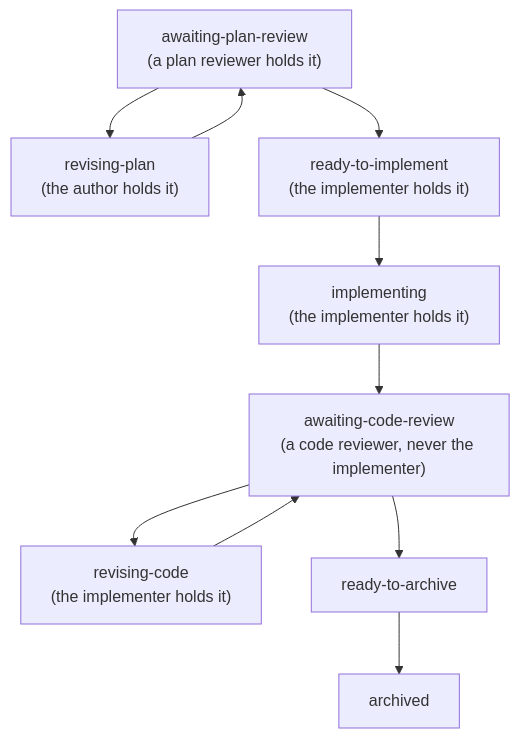
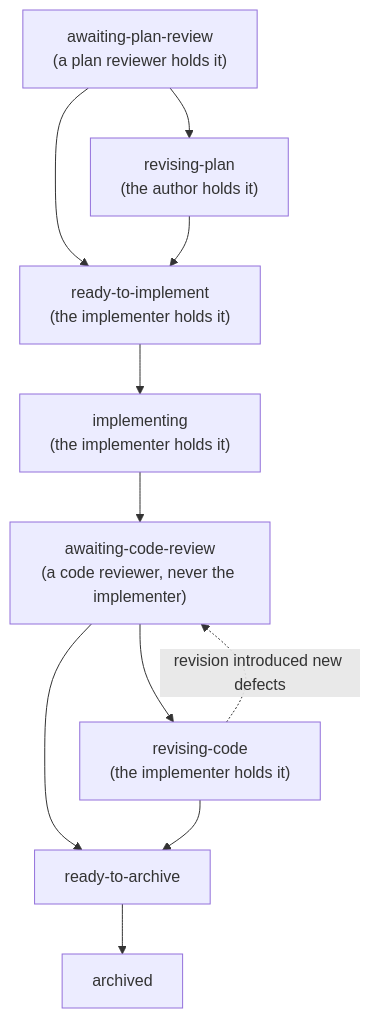
One commit to MSUHydrogeology/cairn changed the second of 2 diagrams in doctrine/lifecycle-contract.md. Above: the diagram before and after it, drawn with Mermaid. The commit also changed other lines of this file and 13 other files, not shown here.

````diff
--- a/doctrine/lifecycle-contract.md
+++ b/doctrine/lifecycle-contract.md
@@ -132,12 +133,13 @@
 ```mermaid
 flowchart TD
     APR["awaiting-plan-review<br/>(a plan reviewer holds it)"] --> RVP["revising-plan<br/>(the author holds it)"]
-    RVP --> APR
     APR --> RTI["ready-to-implement<br/>(the implementer holds it)"]
+    RVP --> RTI
     RTI --> IMP["implementing<br/>(the implementer holds it)"]
     IMP --> ACR["awaiting-code-review<br/>(a code reviewer, never the implementer)"]
     ACR --> RVC["revising-code<br/>(the implementer holds it)"]
-    RVC --> ACR
     ACR --> RTA["ready-to-archive"]
+    RVC --> RTA
+    RVC -. revision introduced new defects .-> ACR
     RTA --> ARC["archived"]
 ```
````
